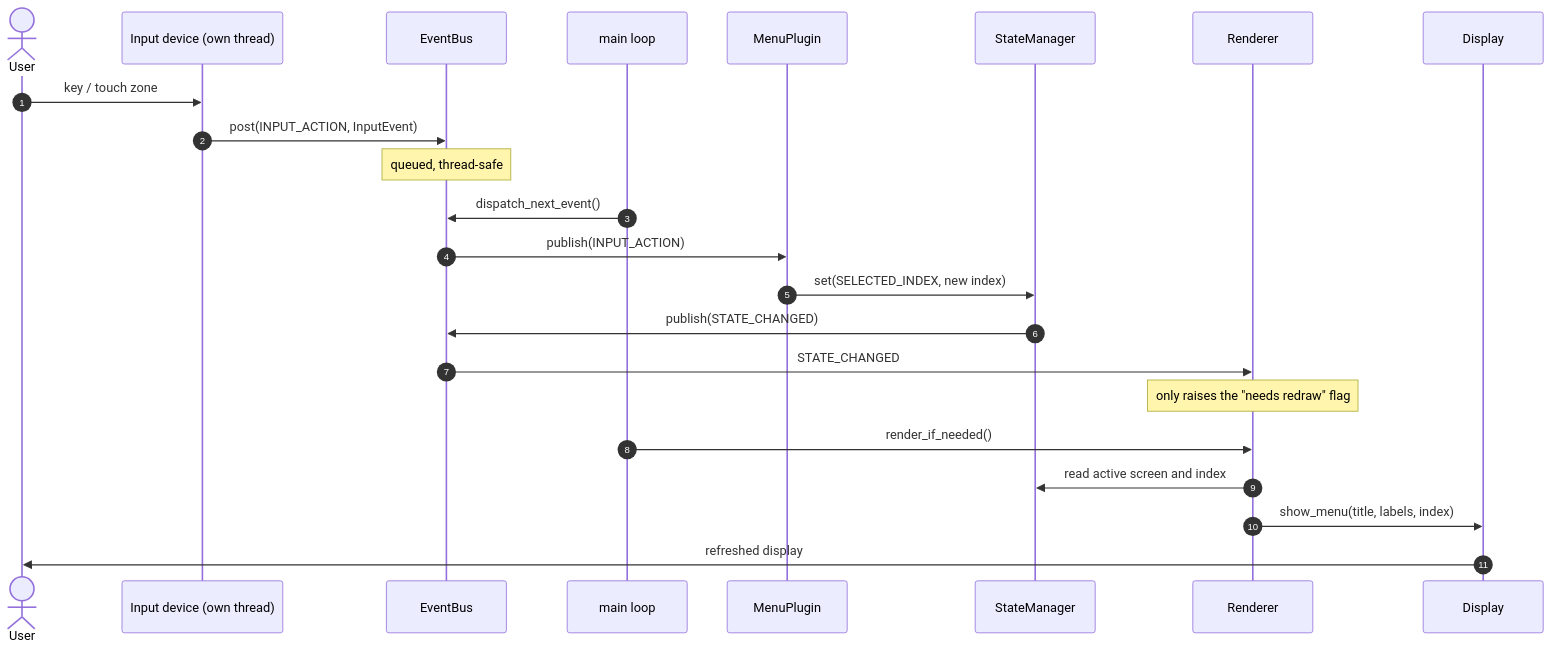
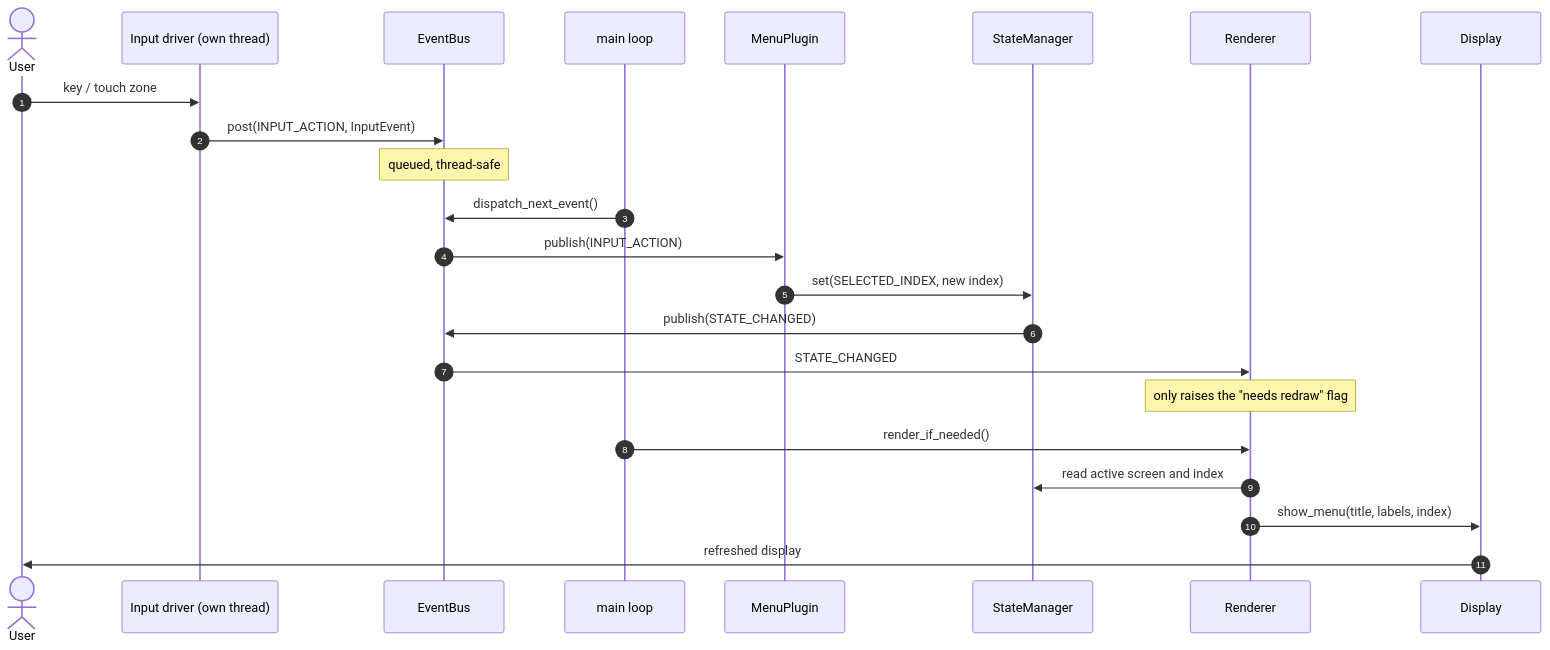
The second of 3 diagrams in docs/architecture.md (A-Dann/Antonino-TuttoFare_PI3bplus), drawn with Mermaid before and after one commit. The commit also changed other lines of this file, not shown here.

Commit message:
docs: update architecture for evdev input and input manager

````diff
--- a/docs/architecture.md
+++ b/docs/architecture.md
@@ -70,26 +75,26 @@
 ```mermaid
 sequenceDiagram
     autonumber
     actor User
-    participant Device as Input device (own thread)
+    participant Device as Input driver (own thread)
     participant Bus as EventBus
     participant Main as main loop
     participant Menu as MenuPlugin
     participant State as StateManager
     participant Render as Renderer
     participant Disp as Display
 
     User->>Device: key / touch zone
     Device->>Bus: post(INPUT_ACTION, InputEvent)
     Note over Bus: queued, thread-safe
     Main->>Bus: dispatch_next_event()
     Bus->>Menu: publish(INPUT_ACTION)
     Menu->>State: set(SELECTED_INDEX, new index)
     State->>Bus: publish(STATE_CHANGED)
     Bus->>Render: STATE_CHANGED
     Note over Render: only raises the "needs redraw" flag
     Main->>Render: render_if_needed()
     Render->>State: read active screen and index
     Render->>Disp: show_menu(title, labels, index)
     Disp->>User: refreshed display
 ```
````
